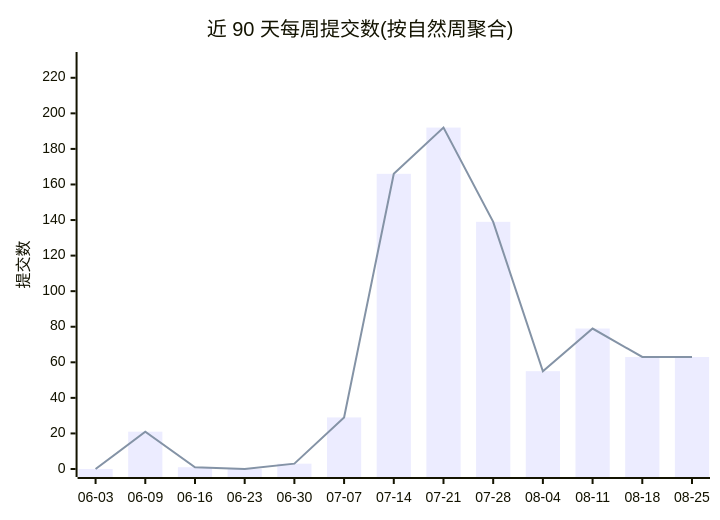
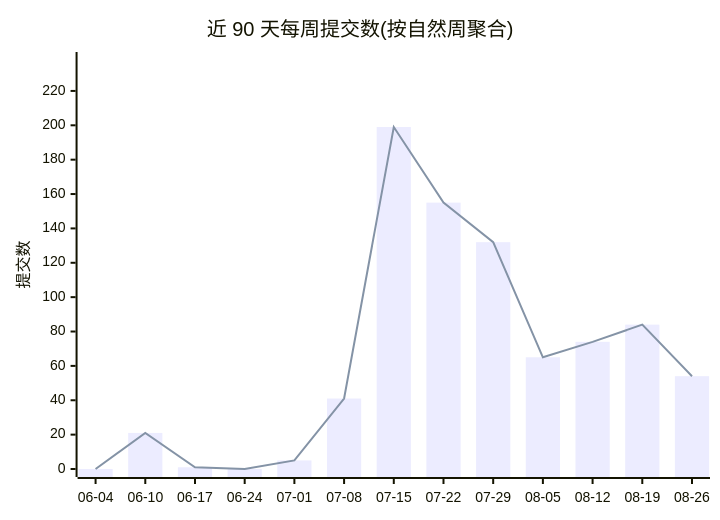
One commit to Conflux-Union/.github changed the first of 2 diagrams in profile/README.md. Above: the diagram before and after it, drawn with Mermaid. The commit also changed other lines of this file and 1 other file, not shown here.

````diff
--- a/profile/README.md
+++ b/profile/README.md
@@ -44,8 +44,8 @@
 ```mermaid
 xychart-beta
     title "近 90 天每周提交数(按自然周聚合)"
-    x-axis ["06-03", "06-09", "06-16", "06-23", "06-30", "07-07", "07-14", "07-21", "07-28", "08-04", "08-11", "08-18", "08-25"]
-    y-axis "提交数" 0 --> 230
-    bar [0, 21, 1, 0, 3, 29, 166, 192, 139, 55, 79, 63, 63]
-    line [0, 21, 1, 0, 3, 29, 166, 192, 139, 55, 79, 63, 63]
+    x-axis ["06-04", "06-10", "06-17", "06-24", "07-01", "07-08", "07-15", "07-22", "07-29", "08-05", "08-12", "08-19", "08-26"]
+    y-axis "提交数" 0 --> 238
+    bar [0, 21, 1, 0, 5, 41, 199, 155, 132, 65, 74, 84, 54]
+    line [0, 21, 1, 0, 5, 41, 199, 155, 132, 65, 74, 84, 54]
 ```
````
